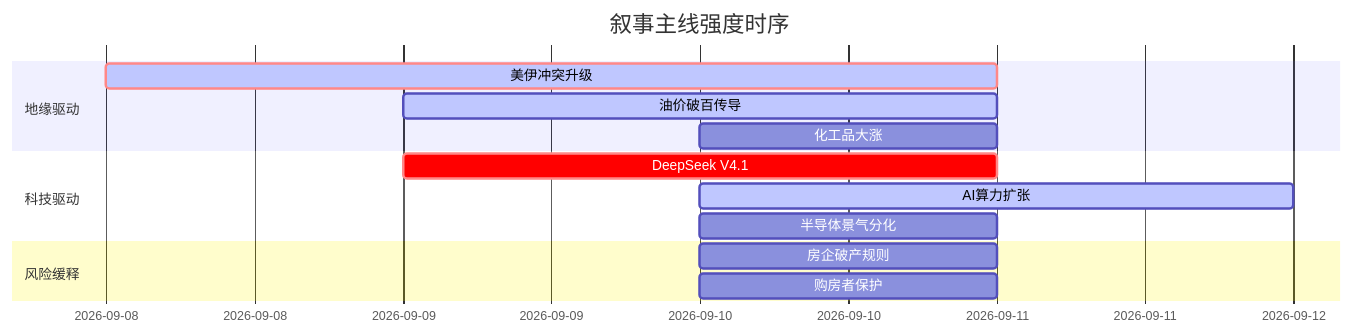
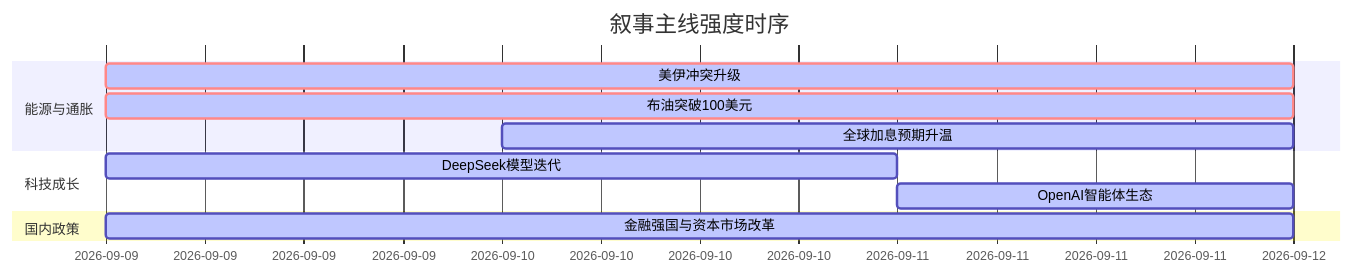
Before and after one commit to uu5zn/uu5zn.github.io: the diagram in 5day_report.md, drawn with Mermaid. The commit also changed other lines of this file and 24 other files, not shown here.

````diff
--- a/5day_report.md
+++ b/5day_report.md
@@ -60,18 +54,16 @@
 ```mermaid
 gantt
     title 叙事主线强度时序
     dateFormat  YYYY-MM-DD
-    section 地缘驱动
-    美伊冲突升级   :crit, active, 2026-09-08, 3d
-    油价破百传导   :active, 2026-09-09, 2d
-    化工品大涨     :2026-09-10, 1d
+    section 能源与通胀
+    美伊冲突升级       :crit, active, 2026-09-09, 3d
+    布油突破100美元    :crit, active, 2026-09-09, 3d
+    全球加息预期升温   :active, 2026-09-10, 2d
     
-    section 科技驱动
-    DeepSeek V4.1  :crit, 2026-09-09, 2d
-    AI算力扩张     :active, 2026-09-10, 2d
-    半导体景气分化 :2026-09-10, 1d
-    
-    section 风险缓释
-    房企破产规则   :2026-09-10, 1d
-    购房者保护     :2026-09-10, 1d
+    section 科技成长
+    DeepSeek模型迭代   :active, 2026-09-09, 2d
+    OpenAI智能体生态   :active, 2026-09-11, 1d
+
+    section 国内政策
+    金融强国与资本市场改革 :active, 2026-09-09, 3d
 ```
````
